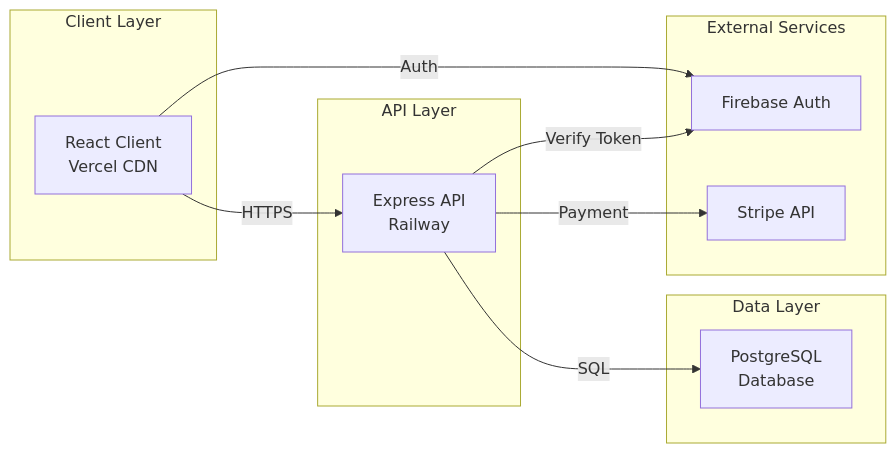
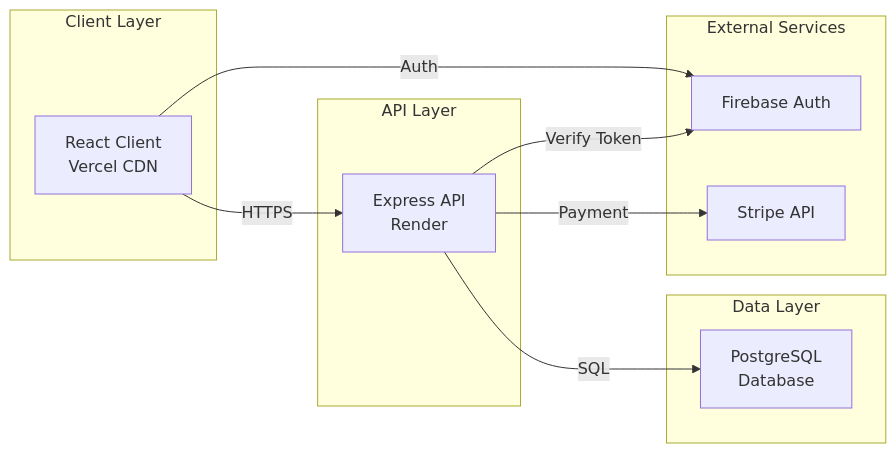
Before and after one commit to miasdk/luxe: the diagram in README.md, drawn with Mermaid. The commit also changed other lines of this file, not shown here.

````diff
--- a/README.md
+++ b/README.md
@@ -200,25 +200,25 @@
 ```mermaid
 graph LR
-    A[React Client<br/>Vercel CDN] -->|HTTPS| B[Express API<br/>Railway]
+    A[React Client<br/>Vercel CDN] -->|HTTPS| B[Express API<br/>Render]
     B -->|SQL| C[PostgreSQL<br/>Database]
     A -->|Auth| D[Firebase Auth]
     B -->|Verify Token| D
     B -->|Payment| E[Stripe API]
     
     subgraph "Client Layer"
         A
     end
     
     subgraph "API Layer"
         B
     end
     
     subgraph "Data Layer"
         C
     end
     
     subgraph "External Services"
         D
         E
     end
 ```
````
